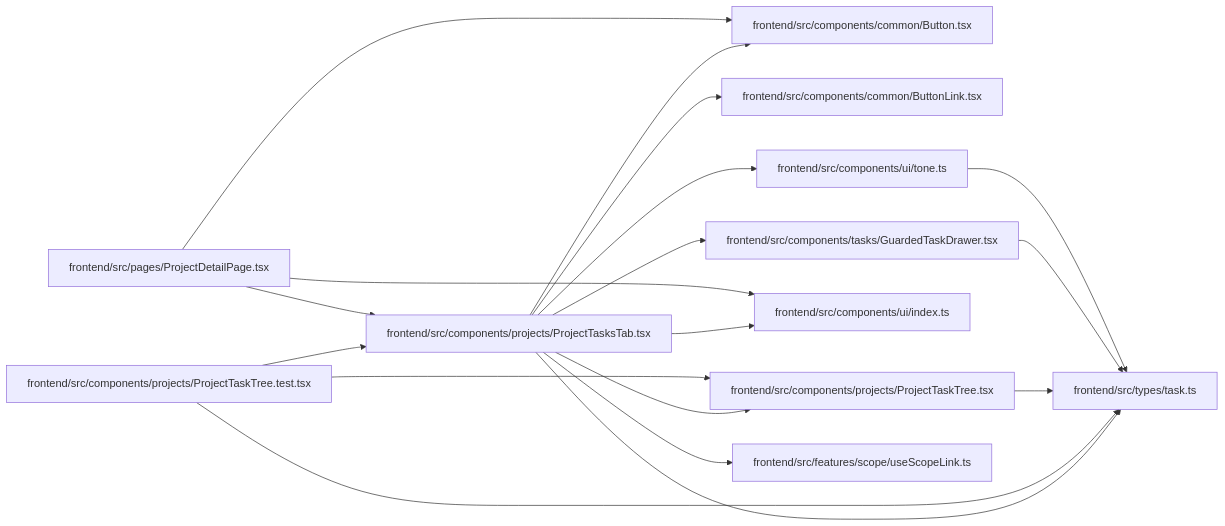
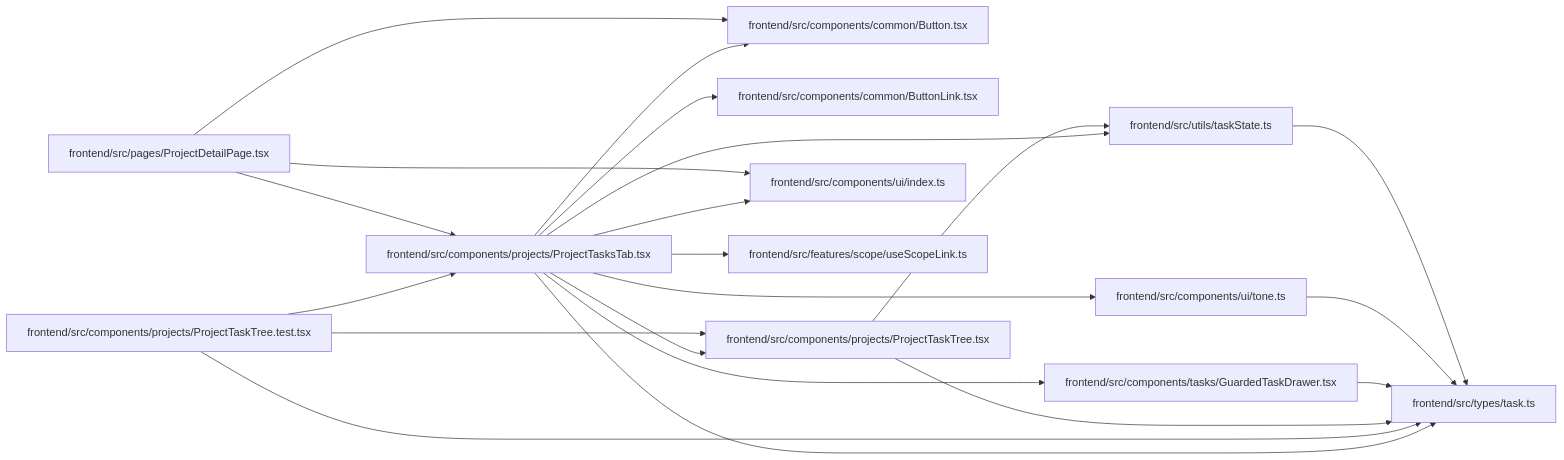
Before and after one commit to Denissvgn/WorkChord: the diagram in docs/llm_wiki/modules/ProjectTasksTab.md, drawn with Mermaid. The commit also changed other lines of this file and 674 other files, not shown here.

Commit message:
Sync the architectural wiki for showing stopped work

````diff
--- a/docs/llm_wiki/modules/ProjectTasksTab.md
+++ b/docs/llm_wiki/modules/ProjectTasksTab.md
@@ -37,42 +38,47 @@
 ```mermaid
 flowchart LR
     n0["frontend/src/components/common/Button.tsx"]
     n1["frontend/src/components/common/ButtonLink.tsx"]
     n2["frontend/src/components/projects/ProjectTasksTab.tsx"]
     n3["frontend/src/components/projects/ProjectTaskTree.test.tsx"]
     n4["frontend/src/components/projects/ProjectTaskTree.tsx"]
     n5["frontend/src/components/tasks/GuardedTaskDrawer.tsx"]
     n6["frontend/src/components/ui/index.ts"]
     n7["frontend/src/components/ui/tone.ts"]
     n8["frontend/src/features/scope/useScopeLink.ts"]
     n9["frontend/src/pages/ProjectDetailPage.tsx"]
     n10["frontend/src/types/task.ts"]
+    n11["frontend/src/utils/taskState.ts"]
     n2 --> n0
     n2 --> n1
     n2 --> n4
     n2 --> n5
     n2 --> n6
     n2 --> n7
     n2 --> n8
     n2 --> n10
+    n2 --> n11
     n3 --> n2
     n3 --> n4
     n3 --> n10
     n4 --> n10
+    n4 --> n11
     n5 --> n10
     n7 --> n10
     n9 --> n0
     n9 --> n2
     n9 --> n6
+    n11 --> n10
     click n0 "../modules/Button.md"
     click n1 "../modules/ButtonLink.md"
     click n2 "../modules/ProjectTasksTab.md"
     click n3 "../modules/ProjectTaskTree.test.md"
     click n4 "../modules/ProjectTaskTree.md"
     click n5 "../modules/GuardedTaskDrawer.md"
     click n6 "../modules/index.md"
     click n7 "../modules/tone.md"
     click n8 "../modules/useScopeLink.md"
     click n9 "../modules/ProjectDetailPage.md"
     click n10 "../modules/types_task.md"
+    click n11 "../modules/taskState.md"
 ```
````
